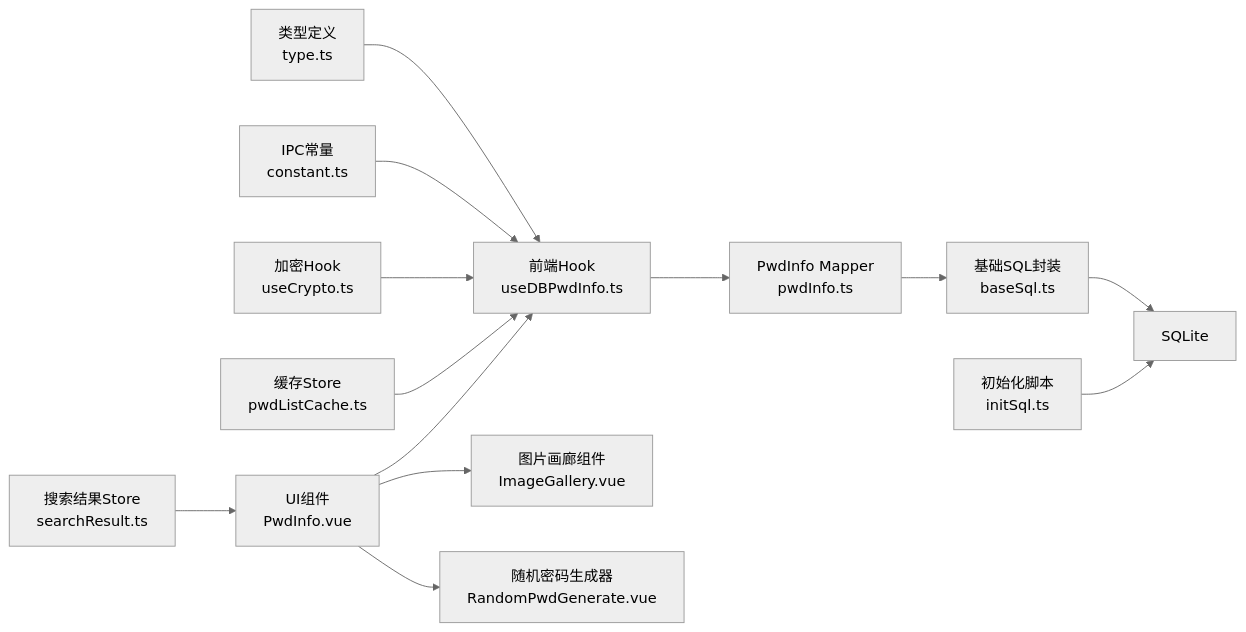
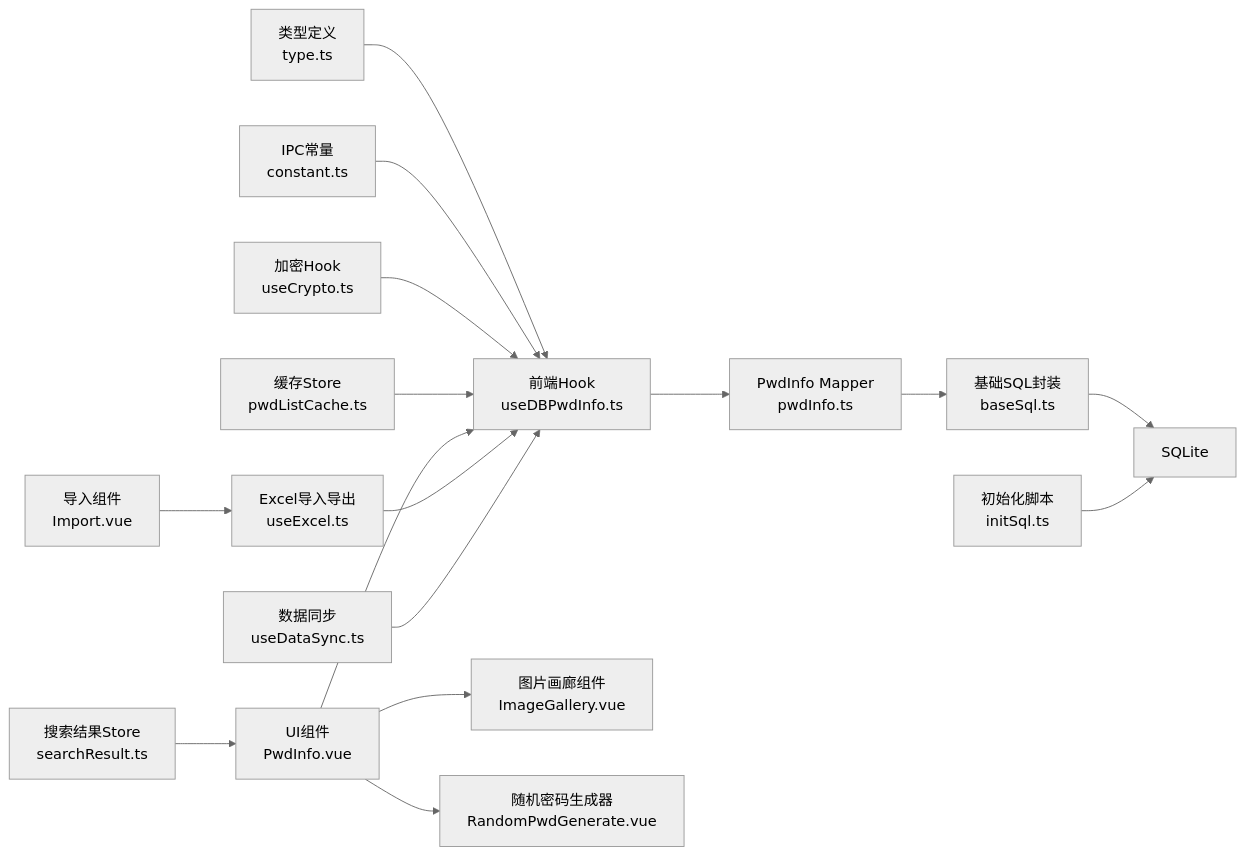
Before and after one commit to scgithub3220216/password-manager: the seventh of 7 diagrams in .qoder/repowiki/zh/content/架构设计/数据库层架构/Mapper层设计/密码信息Mapper.md, drawn with Mermaid (neutral theme). The commit also changed other lines of this file and 15 other files, not shown here.

First line of the commit message:
feat(sync): 增强数据同步以支持图像数据管理

````diff
--- a/.qoder/repowiki/zh/content/架构设计/数据库层架构/Mapper层设计/密码信息Mapper.md
+++ b/.qoder/repowiki/zh/content/架构设计/数据库层架构/Mapper层设计/密码信息Mapper.md
@@ -350,15 +461,18 @@
 ```mermaid
 graph LR
 Type["类型定义<br/>type.ts"] --> Hook["前端Hook<br/>useDBPwdInfo.ts"]
 Const["IPC常量<br/>constant.ts"] --> Hook
 Crypto["加密Hook<br/>useCrypto.ts"] --> Hook
 Hook --> Mapper["PwdInfo Mapper<br/>pwdInfo.ts"]
 Mapper --> Base["基础SQL封装<br/>baseSql.ts"]
 Base --> DB["SQLite"]
 Init["初始化脚本<br/>initSql.ts"] --> DB
 Cache["缓存Store<br/>pwdListCache.ts"] --> Hook
 UI["UI组件<br/>PwdInfo.vue"] --> Hook
 UI --> IMG["图片画廊组件<br/>ImageGallery.vue"]
 UI --> RAND["随机密码生成器<br/>RandomPwdGenerate.vue"]
 SR["搜索结果Store<br/>searchResult.ts"] --> UI
+EXCEL["Excel导入导出<br/>useExcel.ts"] --> Hook
+SYNC["数据同步<br/>useDataSync.ts"] --> Hook
+IMPORT["导入组件<br/>Import.vue"] --> EXCEL
 ```
````
